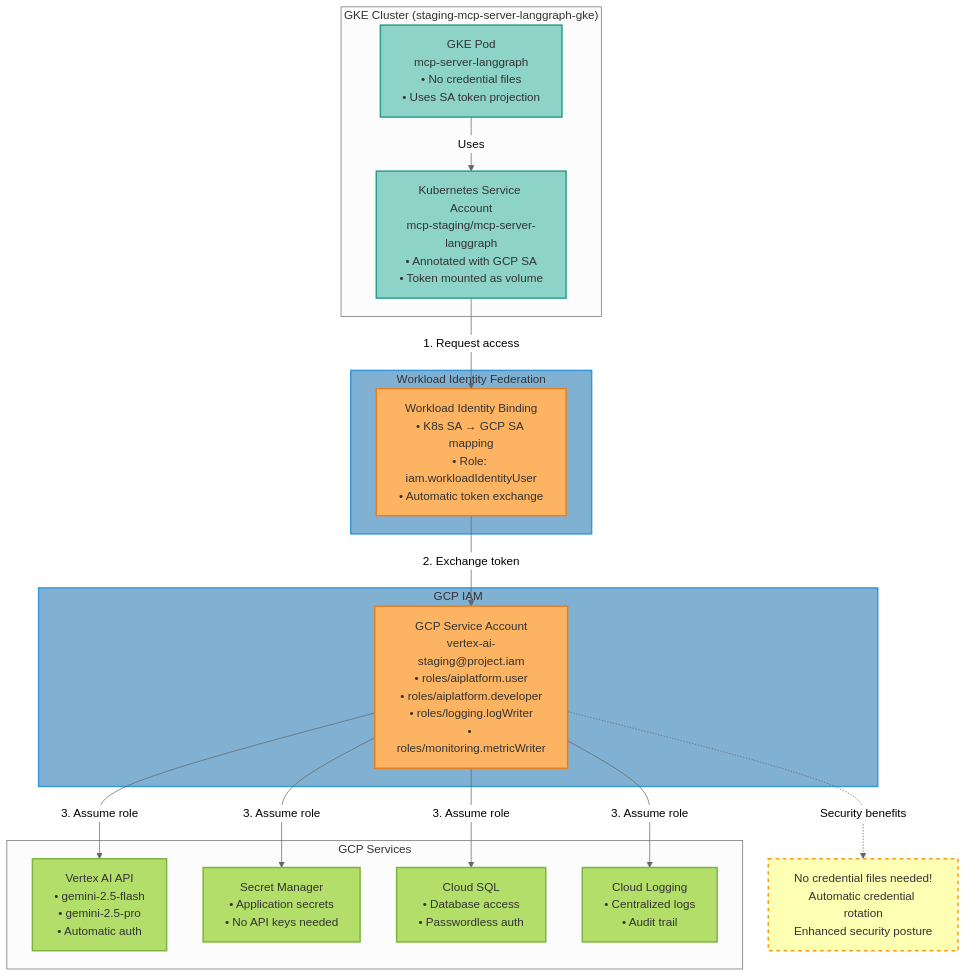
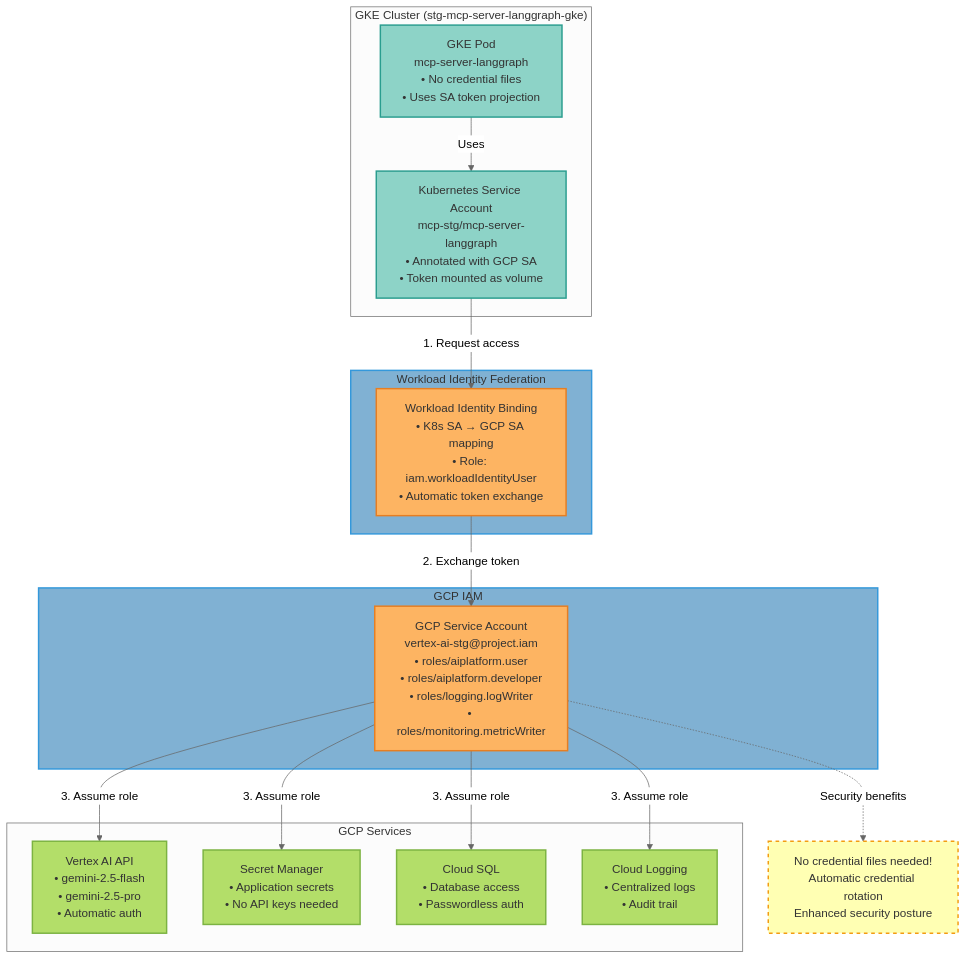
One commit to vishnu2kmohan/mcp-server-langgraph changed the second of 2 diagrams in docs/deployment/vertex-ai-workload-identity.mdx. Above: the diagram before and after it, drawn with Mermaid (neutral theme). The commit also changed other lines of this file and 500 other files, not shown here.

````diff
--- a/docs/deployment/vertex-ai-workload-identity.mdx
+++ b/docs/deployment/vertex-ai-workload-identity.mdx
@@ -45,50 +45,50 @@
 ```mermaid
 flowchart TB
     %% ColorBrewer2 Set3 palette - each component type uniquely colored
 
-    subgraph GKE["GKE Cluster (staging-mcp-server-langgraph-gke)"]
+    subgraph GKE["GKE Cluster (stg-mcp-server-langgraph-gke)"]
         Pod[GKE Pod<br/>mcp-server-langgraph<br/>• No credential files<br/>• Uses SA token projection]
-        K8sSA[Kubernetes Service Account<br/>mcp-staging/mcp-server-langgraph<br/>• Annotated with GCP SA<br/>• Token mounted as volume]
+        K8sSA[Kubernetes Service Account<br/>mcp-stg/mcp-server-langgraph<br/>• Annotated with GCP SA<br/>• Token mounted as volume]
 
         Pod -->|Uses| K8sSA
     end
 
     subgraph WI["Workload Identity Federation"]
         Binding[Workload Identity Binding<br/>• K8s SA → GCP SA mapping<br/>• Role: iam.workloadIdentityUser<br/>• Automatic token exchange]
     end
 
     subgraph IAM["GCP IAM"]
-        GCPSA[GCP Service Account<br/>vertex-ai-staging@project.iam<br/>• roles/aiplatform.user<br/>• roles/aiplatform.developer<br/>• roles/logging.logWriter<br/>• roles/monitoring.metricWriter]
+        GCPSA[GCP Service Account<br/>vertex-ai-stg@project.iam<br/>• roles/aiplatform.user<br/>• roles/aiplatform.developer<br/>• roles/logging.logWriter<br/>• roles/monitoring.metricWriter]
     end
 
     subgraph GCP["GCP Services"]
         VertexAI[Vertex AI API<br/>• gemini-2.5-flash<br/>• gemini-2.5-pro<br/>• Automatic auth]
         SecretMgr[Secret Manager<br/>• Application secrets<br/>• No API keys needed]
         CloudSQL[Cloud SQL<br/>• Database access<br/>• Passwordless auth]
         CloudLog[Cloud Logging<br/>• Centralized logs<br/>• Audit trail]
     end
 
     K8sSA -->|1. Request access| Binding
     Binding -->|2. Exchange token| GCPSA
     GCPSA -->|3. Assume role| VertexAI
     GCPSA -->|3. Assume role| SecretMgr
     GCPSA -->|3. Assume role| CloudSQL
     GCPSA -->|3. Assume role| CloudLog
 
     Note1[No credential files needed!<br/>Automatic credential rotation<br/>Enhanced security posture]
 
     GCPSA -.->|Security benefits| Note1
 
     %% ColorBrewer2 Set3 palette styling
     classDef gkeStyle fill:#8dd3c7,stroke:#2a9d8f,stroke-width:2px,color:#333
     classDef iamStyle fill:#fdb462,stroke:#e67e22,stroke-width:2px,color:#333
     classDef gcpStyle fill:#80b1d3,stroke:#3498db,stroke-width:2px,color:#333
     classDef serviceStyle fill:#b3de69,stroke:#7cb342,stroke-width:2px,color:#333
     classDef noteStyle fill:#ffffb3,stroke:#f39c12,stroke-width:2px,color:#333,stroke-dasharray: 5 5
 
     class Pod,K8sSA gkeStyle
     class Binding,GCPSA iamStyle
     class WI,IAM gcpStyle
     class VertexAI,SecretMgr,CloudSQL,CloudLog serviceStyle
     class Note1 noteStyle
 ```
````
